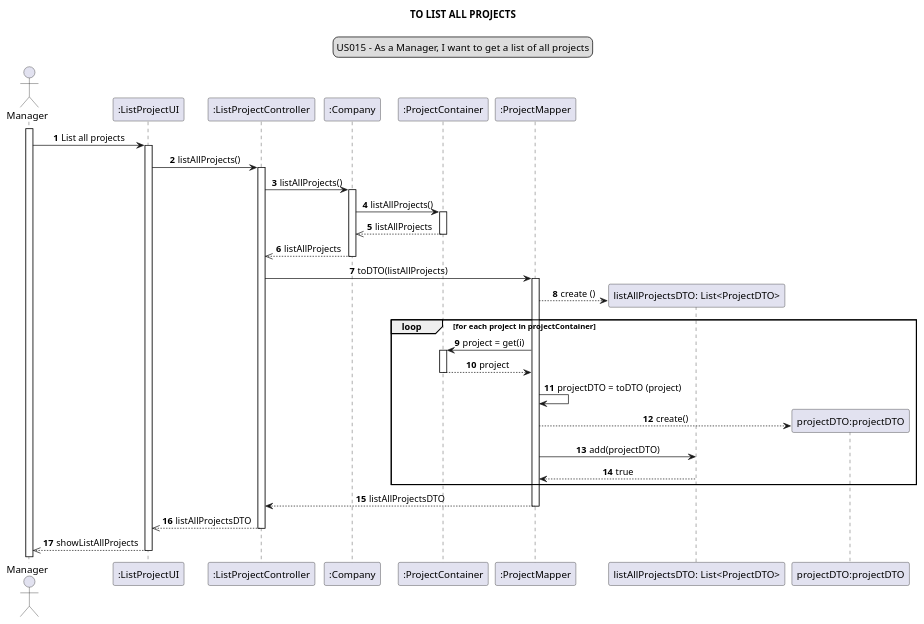
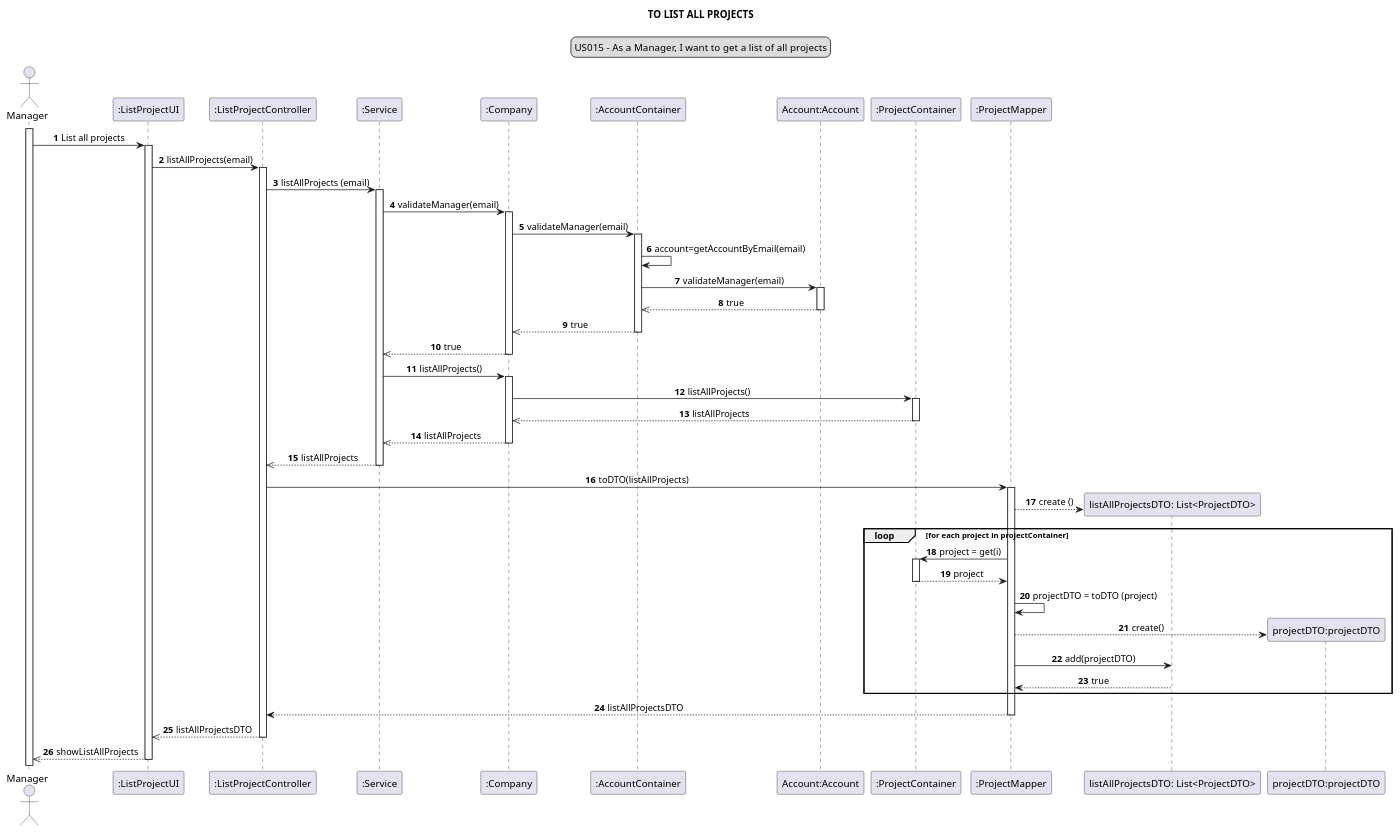
One commit to Loracline/project_switch_22-23 changed the diagram in docs/modelling_design/user_stories/us015/US015_sequenceDiagram.puml. Above: the diagram before and after it, drawn with PlantUML. The commit also changed 1 other file, not shown here.

Commit message:
US015:Design: refactor of sequence and class diagram addition of Service

```diff
--- a/docs/modelling_design/user_stories/us015/US015_sequenceDiagram.puml
+++ b/docs/modelling_design/user_stories/us015/US015_sequenceDiagram.puml
@@ -1,50 +1,71 @@
 @startuml
 skinparam sequenceMessageAlign center
 title TO LIST ALL PROJECTS
 legend top
 US015 - As a Manager, I want to get a list of all projects
 end legend
 autonumber
 actor Manager
 participant ":ListProjectUI" as ui
 participant ":ListProjectController" as controller
+participant ":Service" as ser
 participant ":Company" as company
+participant ":AccountContainer" as ac
+participant "Account:Account" as a
 participant ":ProjectContainer" as container
 participant ":ProjectMapper" as mapper
 participant "listAllProjectsDTO: List<ProjectDTO>" as list
 participant "projectDTO:projectDTO" as DTO
+
 activate Manager
 Manager -> ui: List all projects
 activate ui
-ui -> controller: listAllProjects()
+ui -> controller: listAllProjects(email)
 activate controller
-controller -> company: listAllProjects()
+controller -> ser: listAllProjects (email)
+activate ser
+ ser -> company: validateManager(email)
+ activate company
+ company -> ac: validateManager(email)
+  activate ac
+ ac -> ac: account=getAccountByEmail(email)
+ ac -> a: validateManager(email)
+ activate a
+ a -->> ac: true
+ deactivate a
+ ac -->> company: true
+ deactivate ac
+ company -->> ser: true
+ deactivate company
+ser -> company: listAllProjects()
 activate company
 company -> container: listAllProjects()
 activate container
 container -->> company: listAllProjects
 deactivate container
-company -->> controller: listAllProjects
+company -->> ser: listAllProjects
 deactivate company
+ser -->> controller: listAllProjects
+deactivate ser
 controller -> mapper: toDTO(listAllProjects)
 activate mapper
 create list
 mapper --> list: create ()
 loop for each project in projectContainer
 mapper -> container: project = get(i)
 activate container
 container --> mapper: project
 deactivate container
 mapper -> mapper : projectDTO = toDTO (project)
 create DTO
 mapper --> DTO : create()
 mapper ->list :add(projectDTO)
 list --> mapper : true
 end loop
 mapper --> controller :listAllProjectsDTO
 deactivate mapper
 controller -->> ui: listAllProjectsDTO
 deactivate controller
 ui -->>Manager: showListAllProjects
 deactivate ui
 @enduml
```
